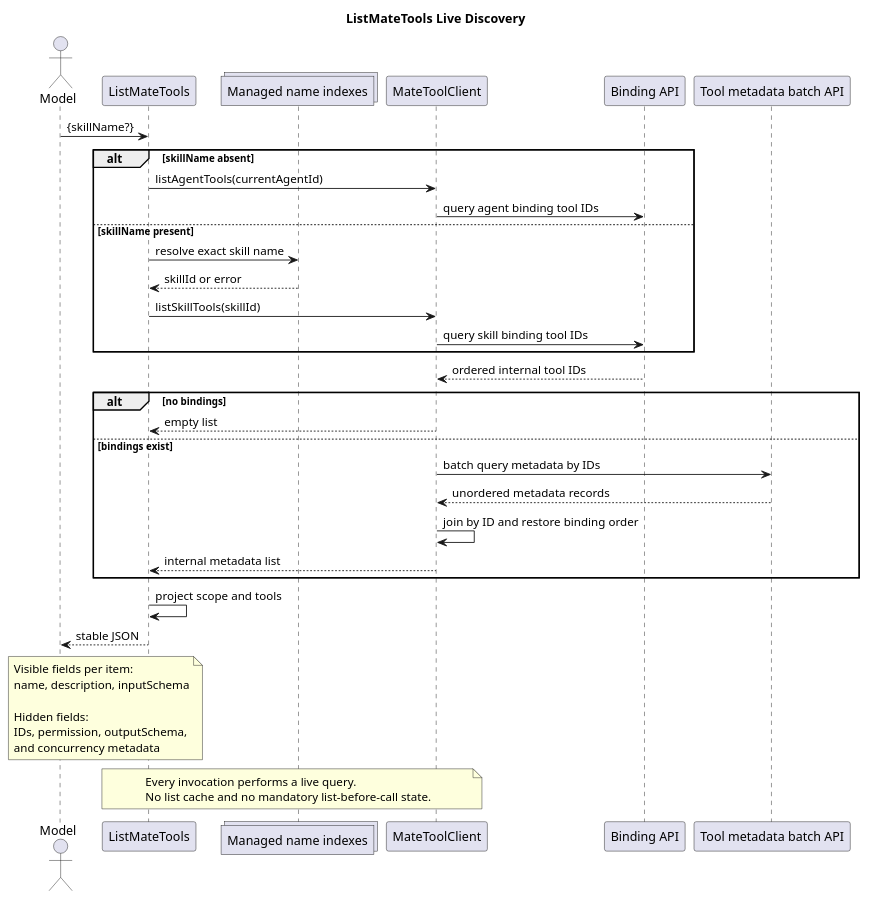
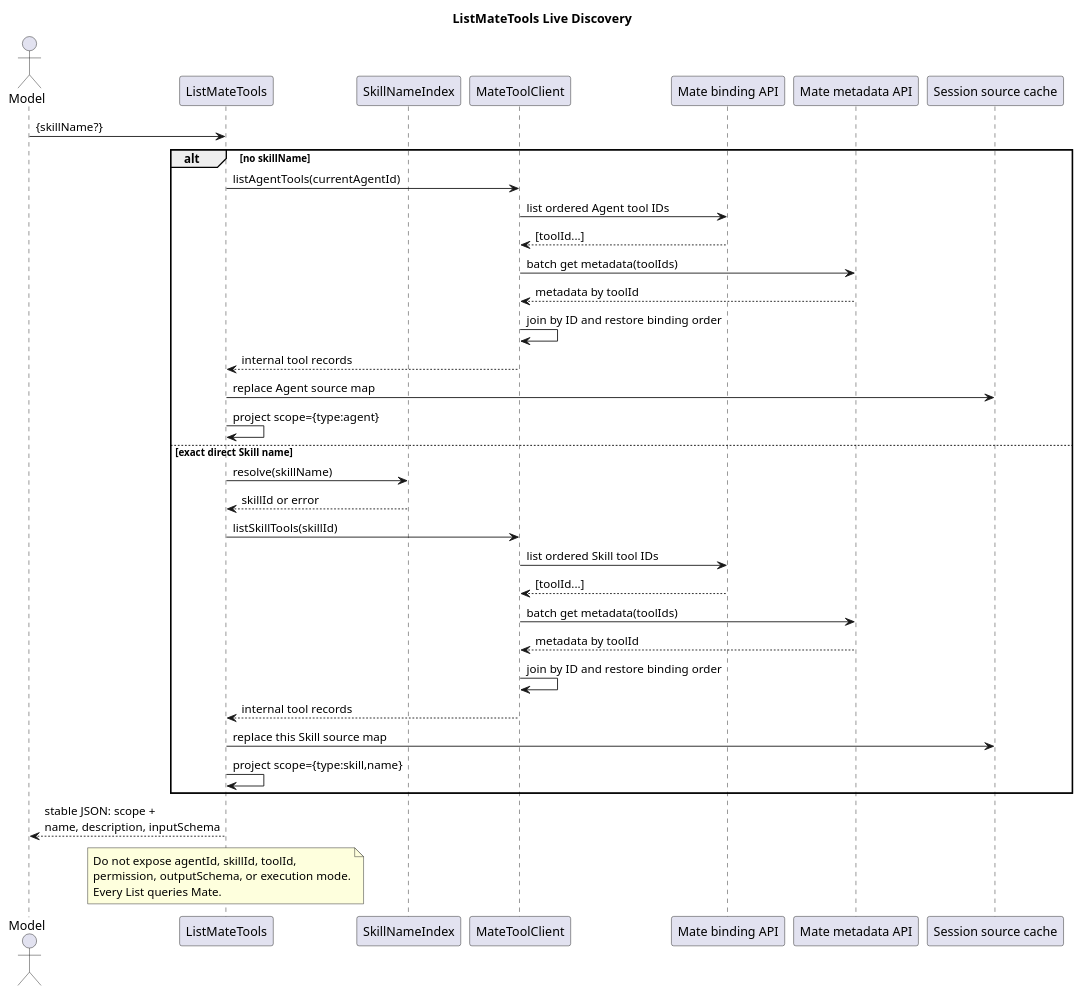
One commit to ssm0808/pi-mono-java-design changed the fourth of 8 diagrams in pi-mono-java-tool-system/diagram.puml. Above: the diagram before and after it, drawn with PlantUML. The commit also changed other lines of this file and 13 other files, not shown here.

Commit message:
docs(tool-system): align managed tool contracts

```diff
--- a/pi-mono-java-tool-system/diagram.puml
+++ b/pi-mono-java-tool-system/diagram.puml
@@ -210,54 +221,53 @@
 @startuml list_mate_tools_sequence
 title ListMateTools Live Discovery
+skinparam shadowing false
 
-' Source evidence: pi-mono-java modules/coding-agent-cli/src/main/java/com/campusclaw/codingagent/tool/mate/ListMateTool.java, execute
-' Source evidence: pi-mono-java modules/coding-agent-cli/src/main/java/com/campusclaw/codingagent/common/client/HttpMateToolClient.java, listTools and queryToolMetaByIds
-' Source evidence: pi-mono-java modules/coding-agent-cli/src/main/java/com/campusclaw/codingagent/runtime/AgentRuntimeManager.java, materialized skill identity gap
-' Observed behavior: the baseline accepts agent_id or skill_id and returns formatted text.
-' Architecture change: target input accepts only optional skillName and output is stable JSON without internal IDs.
-' Design reason: local name indexes preserve usability while Mate remains the live authorization and metadata source.
+' Source evidence (CampusClaw d649866):
+' modules/coding-agent-cli/src/main/java/com/campusclaw/codingagent/tool/mate/ListMateTool.java: execute
+' modules/coding-agent-cli/src/main/java/com/campusclaw/codingagent/common/client/HttpMateToolClient.java
+' modules/coding-agent-cli/src/main/java/com/campusclaw/codingagent/tool/mate/MateToolSessionCache.java: refresh
+' Observed behavior: current List writes one flat name-to-ID map and Call depends
+' on a prior successful List.
+' Design reason: List remains live while a successful response updates only its
+' source cache, so listing one Skill cannot erase tools from another source.
 
-skinparam shadowing false
-actor "Model" as MODEL
-participant "ListMateTools" as TOOL
-collections "Managed name indexes" as INDEX
-participant "MateToolClient" as CLIENT
-participant "Binding API" as BINDING
-participant "Tool metadata batch API" as META
+actor Model
+participant "ListMateTools" as List
+participant "SkillNameIndex" as Index
+participant "MateToolClient" as Client
+participant "Mate binding API" as Binding
+participant "Mate metadata API" as Meta
+participant "Session source cache" as Cache
 
-MODEL -> TOOL : {skillName?}
-alt skillName absent
-  TOOL -> CLIENT : listAgentTools(currentAgentId)
-  CLIENT -> BINDING : query agent binding tool IDs
-else skillName present
-  TOOL -> INDEX : resolve exact skill name
-  INDEX --> TOOL : skillId or error
-  TOOL -> CLIENT : listSkillTools(skillId)
-  CLIENT -> BINDING : query skill binding tool IDs
+Model -> List : {skillName?}
+alt no skillName
+  List -> Client : listAgentTools(currentAgentId)
+  Client -> Binding : list ordered Agent tool IDs
+  Binding --> Client : [toolId...]
+  Client -> Meta : batch get metadata(toolIds)
+  Meta --> Client : metadata by toolId
+  Client -> Client : join by ID and restore binding order
+  Client --> List : internal tool records
+  List -> Cache : replace Agent source map
+  List -> List : project scope={type:agent}
+else exact direct Skill name
+  List -> Index : resolve(skillName)
+  Index --> List : skillId or error
+  List -> Client : listSkillTools(skillId)
+  Client -> Binding : list ordered Skill tool IDs
+  Binding --> Client : [toolId...]
+  Client -> Meta : batch get metadata(toolIds)
+  Meta --> Client : metadata by toolId
+  Client -> Client : join by ID and restore binding order
+  Client --> List : internal tool records
+  List -> Cache : replace this Skill source map
+  List -> List : project scope={type:skill,name}
 end
-BINDING --> CLIENT : ordered internal tool IDs
-alt no bindings
-  CLIENT --> TOOL : empty list
-else bindings exist
-  CLIENT -> META : batch query metadata by IDs
-  META --> CLIENT : unordered metadata records
-  CLIENT -> CLIENT : join by ID and restore binding order
-  CLIENT --> TOOL : internal metadata list
-end
-TOOL -> TOOL : project scope and tools
-TOOL --> MODEL : stable JSON
+List --> Model : stable JSON: scope +\nname, description, inputSchema
 
-note over TOOL,MODEL
-Visible fields per item:
-name, description, inputSchema
-
-Hidden fields:
-IDs, permission, outputSchema,
-and concurrency metadata
-end note
-
-note over TOOL,CLIENT
-Every invocation performs a live query.
-No list cache and no mandatory list-before-call state.
+note over List
+Do not expose agentId, skillId, toolId,
+permission, outputSchema, or execution mode.
+Every List queries Mate.
 end note
 @enduml
```
